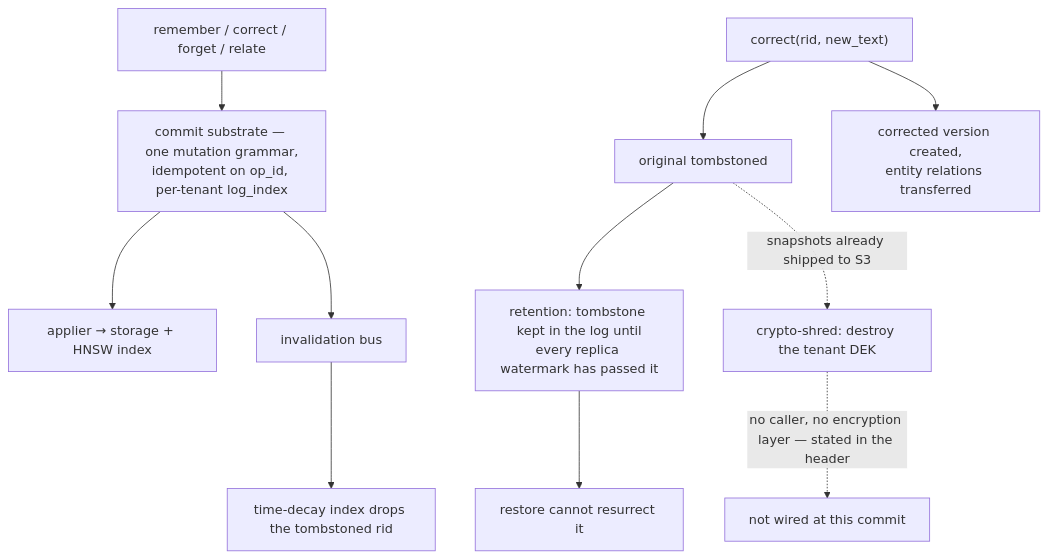
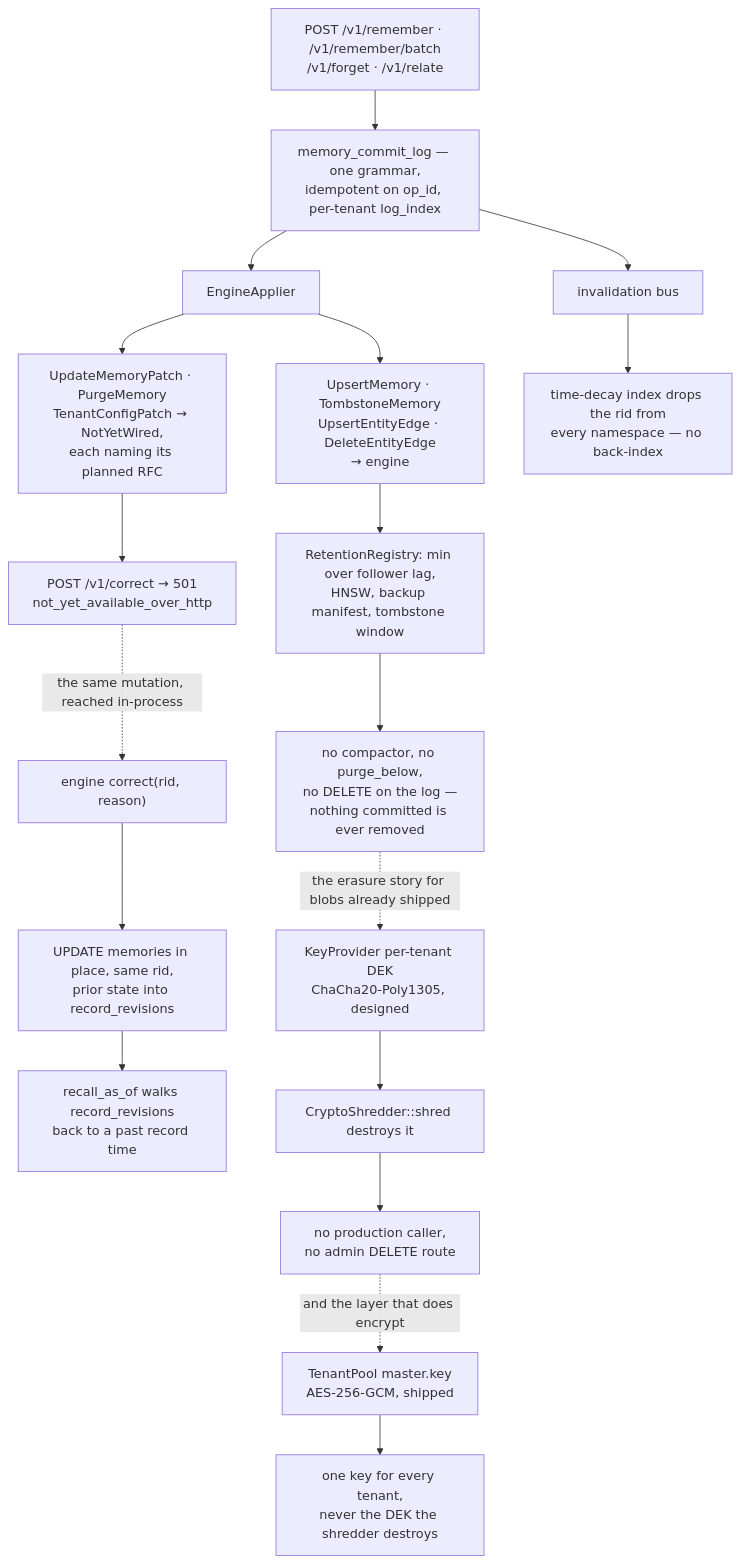
Before and after one commit to neoneye/agent-memory-atlas: the diagram in content/systems/yantrikdb.md, drawn with Mermaid. The commit also changed other lines of this file and 8 other files, not shown here.

````diff
--- a/content/systems/yantrikdb.md
+++ b/content/systems/yantrikdb.md
@@ -93,14 +133,21 @@
 ```mermaid
-%% caption: one mutation grammar idempotent on op_id feeds both the applier and an invalidation bus, and a tombstone is retained until every replica watermark passes it so a restore cannot resurrect it
+%% caption: four routes append to one commit log that nothing ever trims, the applier wires four of the grammar's seven mutation variants and rejects three by name, correct is an in-place update outside the log entirely, and the crypto-shred destroys a per-tenant key that no encryption layer has ever used
 flowchart TD
-    R["remember / correct / forget / relate"] --> CL["commit substrate — one mutation grammar,<br/>idempotent on op_id, per-tenant log_index"]
-    CL --> AP["applier → storage + HNSW index"]
+    R["POST /v1/remember · /v1/remember/batch<br/>/v1/forget · /v1/relate"] --> CL["memory_commit_log — one grammar,<br/>idempotent on op_id, per-tenant log_index"]
+    CL --> AP["EngineApplier"]
     CL --> IB["invalidation bus"]
-    IB --> TD["time-decay index drops the tombstoned rid"]
-    CO["correct(rid, new_text)"] --> T1["original tombstoned"]
-    CO --> T2["corrected version created,<br/>entity relations transferred"]
-    T1 --> RET["retention: tombstone kept in the log until<br/>every replica watermark has passed it"]
-    RET --> RNR["restore cannot resurrect it"]
-    T1 -.->|"snapshots already shipped to S3"| CS["crypto-shred: destroy the tenant DEK"]
-    CS -.->|"no caller, no encryption layer — stated in the header"| GAP["not wired at this commit"]
+    AP --> WIRED["UpsertMemory · TombstoneMemory<br/>UpsertEntityEdge · DeleteEntityEdge<br/>→ engine"]
+    AP --> UNWIRED["UpdateMemoryPatch · PurgeMemory<br/>TenantConfigPatch → NotYetWired,<br/>each naming its planned RFC"]
+    IB --> TD["time-decay index drops the rid from<br/>every namespace — no back-index"]
+    UNWIRED --> C501["POST /v1/correct → 501<br/>not_yet_available_over_http"]
+    C501 -.->|"the same mutation, reached in-process"| CORR["engine correct(rid, reason)"]
+    CORR --> UPD["UPDATE memories in place, same rid,<br/>prior state into record_revisions"]
+    UPD --> ASOF["recall_as_of walks record_revisions<br/>back to a past record time"]
+    WIRED --> RET["RetentionRegistry: min over follower lag,<br/>HNSW, backup manifest, tombstone window"]
+    RET --> NOC["no compactor, no purge_below,<br/>no DELETE on the log —<br/>nothing committed is ever removed"]
+    NOC -.->|"the erasure story for blobs already shipped"| KP["KeyProvider per-tenant DEK<br/>ChaCha20-Poly1305, designed"]
+    KP --> CS["CryptoShredder::shred destroys it"]
+    CS --> NOCALL["no production caller,<br/>no admin DELETE route"]
+    NOCALL -.->|"and the layer that does encrypt"| ENC["TenantPool master.key<br/>AES-256-GCM, shipped"]
+    ENC --> ALLT["one key for every tenant,<br/>never the DEK the shredder destroys"]
 ```
````
